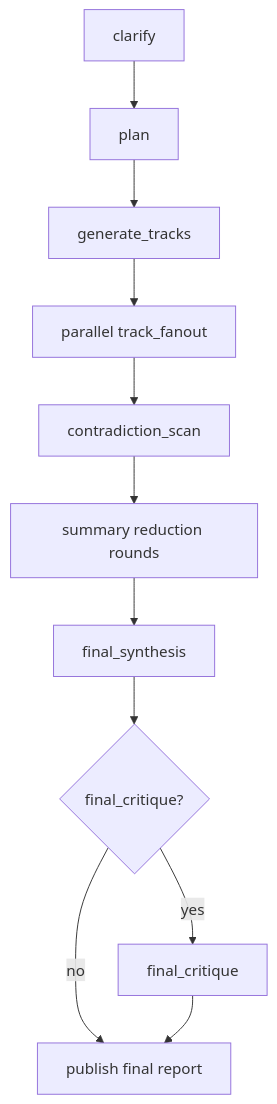
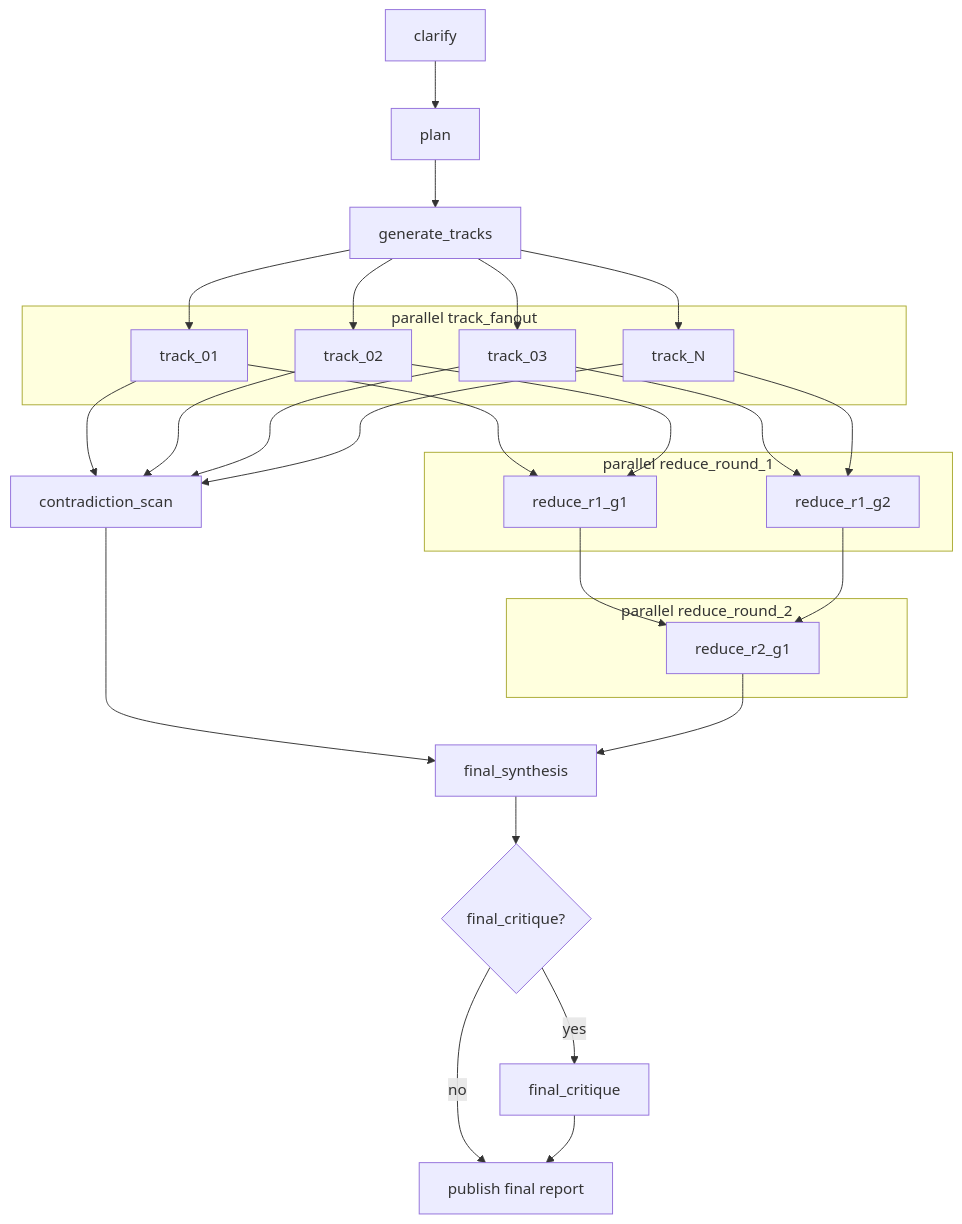
The diagram in docs/DEEP_RESEARCH_WORKFLOW.md (koji98/agentflow), drawn with Mermaid before and after one commit. The commit also changed other lines of this file and 14 other files, not shown here.

````diff
--- a/docs/DEEP_RESEARCH_WORKFLOW.md
+++ b/docs/DEEP_RESEARCH_WORKFLOW.md
@@ -26,17 +26,52 @@
 ```mermaid
 flowchart TD
     clarify["clarify"]
     plan["plan"]
     tracks["generate_tracks"]
-    fanout["parallel track_fanout"]
     contradictions["contradiction_scan"]
-    reduce["summary reduction rounds"]
     synth["final_synthesis"]
     critique{"final_critique?"}
     finalCritique["final_critique"]
+    done["publish final report"]
 
-    clarify --> plan --> tracks --> fanout --> contradictions --> reduce --> synth --> critique
+    subgraph fanout["parallel track_fanout"]
+        t1["track_01"]
+        t2["track_02"]
+        t3["track_03"]
+        tN["track_N"]
+    end
+
+    subgraph reduce1["parallel reduce_round_1"]
+        r11["reduce_r1_g1"]
+        r12["reduce_r1_g2"]
+    end
+
+    subgraph reduce2["parallel reduce_round_2"]
+        r21["reduce_r2_g1"]
+    end
+
+    clarify --> plan --> tracks
+    tracks --> t1
+    tracks --> t2
+    tracks --> t3
+    tracks --> tN
+
+    t1 --> contradictions
+    t2 --> contradictions
+    t3 --> contradictions
+    tN --> contradictions
+
+    t1 --> r11
+    t2 --> r11
+    t3 --> r12
+    tN --> r12
+
+    r11 --> r21
+    r12 --> r21
+    contradictions --> synth
+    r21 --> synth
+    synth --> critique
     critique -->|yes| finalCritique
-    critique -->|no| done["publish final report"]
+    critique -->|no| done
     finalCritique --> done
 ```
````
